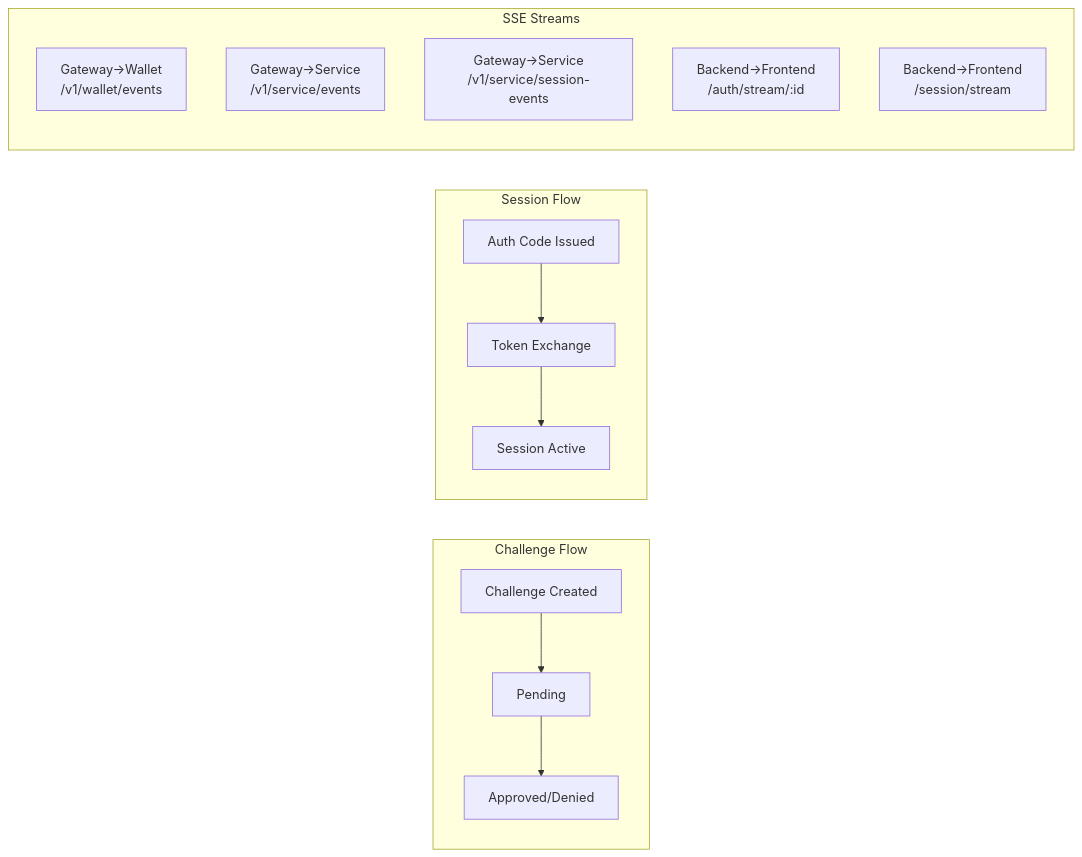
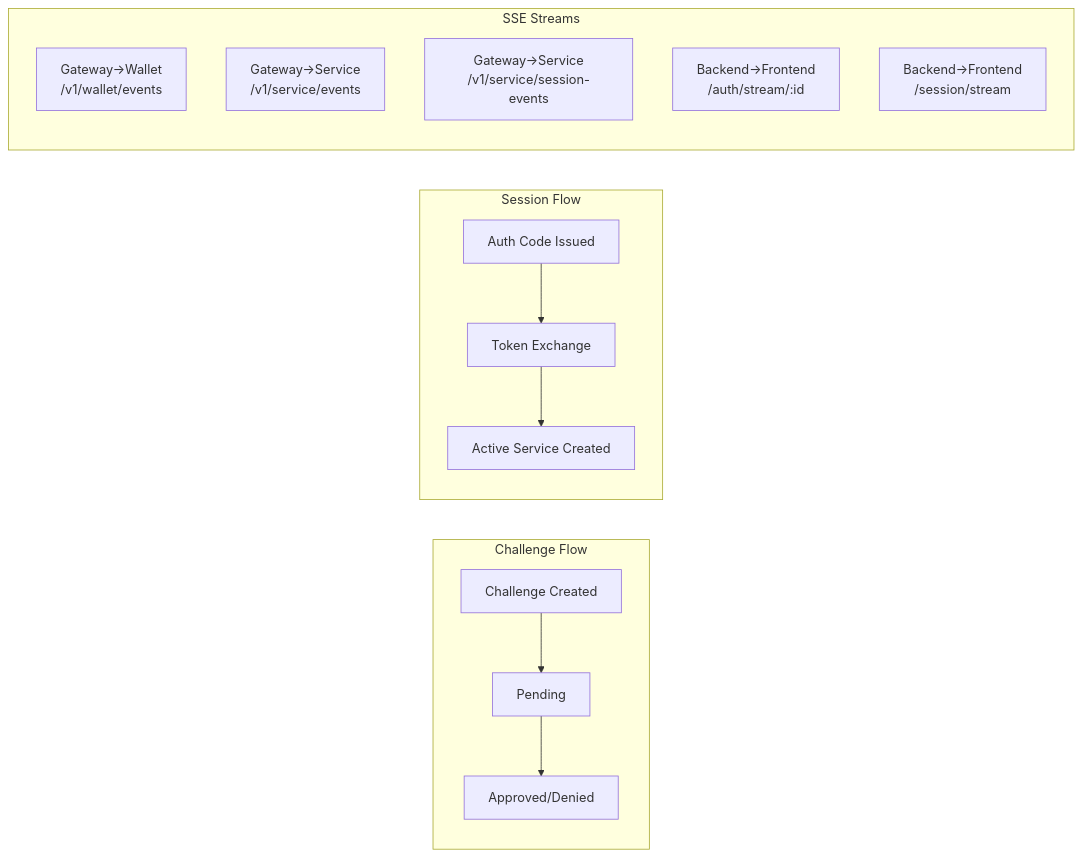
Before and after one commit to superwhyun/MiID: the second of 12 diagrams in ARCHITECTURE.md, drawn with Mermaid. The commit also changed other lines of this file and 1 other file, not shown here.

````diff
--- a/ARCHITECTURE.md
+++ b/ARCHITECTURE.md
@@ -49,20 +59,20 @@
 ```mermaid
 flowchart LR
     subgraph "Challenge Flow"
         C1["Challenge Created"] --> C2["Pending"]
         C2 --> C3["Approved/Denied"]
     end
 
     subgraph "Session Flow"
         S1["Auth Code Issued"] --> S2["Token Exchange"]
-        S2 --> S3["Session Active"]
+        S2 --> S3["Active Service Created"]
     end
 
     subgraph "SSE Streams"
         SSE1["Gateway→Wallet<br/>/v1/wallet/events"]
         SSE2["Gateway→Service<br/>/v1/service/events"]
         SSE3["Gateway→Service<br/>/v1/service/session-events"]
         SSE4["Backend→Frontend<br/>/auth/stream/:id"]
         SSE5["Backend→Frontend<br/>/session/stream"]
     end
 ```
````
